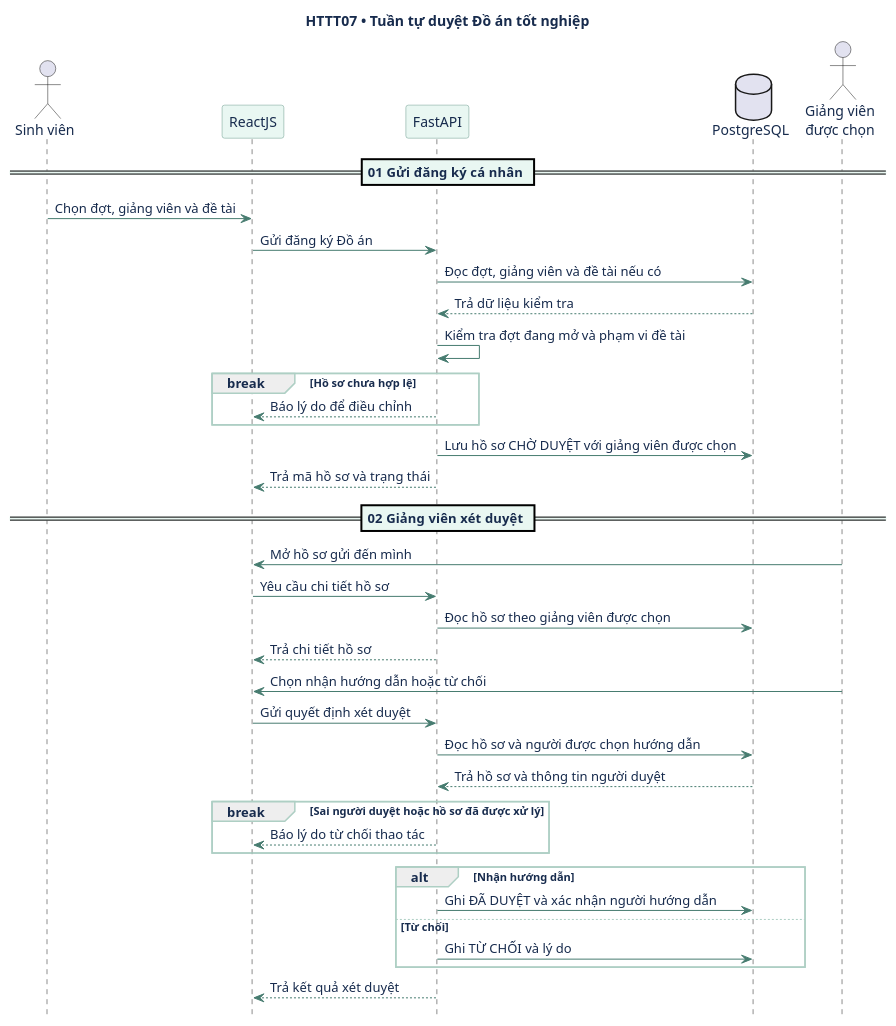
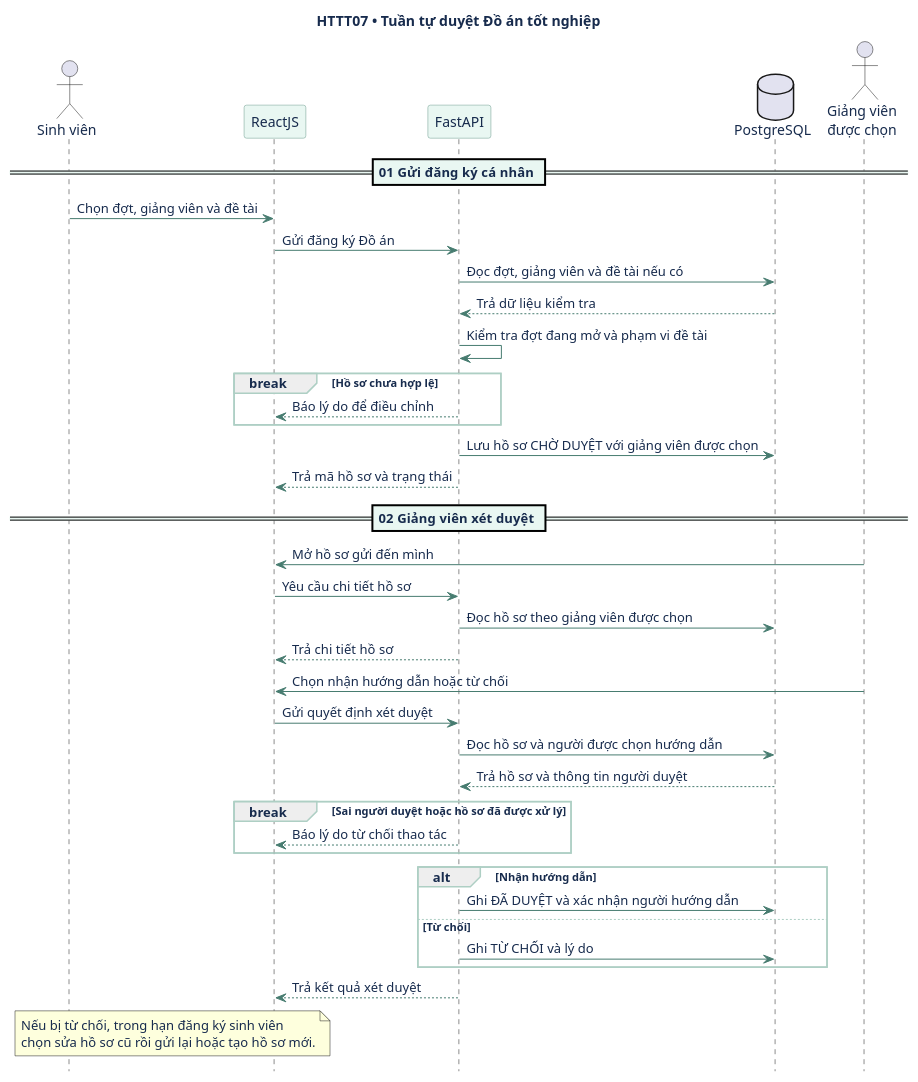
The fourth of 8 diagrams in 02-so-do-uml(1).md (lam-vu6868/HTQL_TieuLuan_DoAN), drawn with PlantUML before and after one commit. The commit also changed other lines of this file and 4 other files, not shown here.

````diff
--- a/02-so-do-uml(1).md
+++ b/02-so-do-uml(1).md
@@ -258,51 +271,52 @@
 ```plantuml
 @startuml
 title HTTT07 • Tuần tự duyệt Đồ án tốt nghiệp
 hide footbox
 skinparam shadowing false
 skinparam DefaultFontName SansSerif
 skinparam defaultFontColor #172B4D
 skinparam ArrowColor #477C70
 skinparam ParticipantBackgroundColor #E9F7F2
 skinparam ParticipantBorderColor #6B9A8C
 skinparam SequenceDividerBackgroundColor #E9F7F2
 skinparam SequenceGroupBorderColor #AECFC4
 
 actor "Sinh viên" as SV
 participant "ReactJS" as UI
 participant "FastAPI" as API
 database "PostgreSQL" as DB
 actor "Giảng viên\nđược chọn" as GV
 
 == 01  Gửi đăng ký cá nhân ==
 SV -> UI: Chọn đợt, giảng viên và đề tài
 UI -> API: Gửi đăng ký Đồ án
 API -> DB: Đọc đợt, giảng viên và đề tài nếu có
 DB --> API: Trả dữ liệu kiểm tra
 API -> API: Kiểm tra đợt đang mở và phạm vi đề tài
 break Hồ sơ chưa hợp lệ
   API --> UI: Báo lý do để điều chỉnh
 end
 API -> DB: Lưu hồ sơ CHỜ DUYỆT với giảng viên được chọn
 API --> UI: Trả mã hồ sơ và trạng thái
 
 == 02  Giảng viên xét duyệt ==
 GV -> UI: Mở hồ sơ gửi đến mình
 UI -> API: Yêu cầu chi tiết hồ sơ
 API -> DB: Đọc hồ sơ theo giảng viên được chọn
 API --> UI: Trả chi tiết hồ sơ
 GV -> UI: Chọn nhận hướng dẫn hoặc từ chối
 UI -> API: Gửi quyết định xét duyệt
 API -> DB: Đọc hồ sơ và người được chọn hướng dẫn
 DB --> API: Trả hồ sơ và thông tin người duyệt
 break Sai người duyệt hoặc hồ sơ đã được xử lý
   API --> UI: Báo lý do từ chối thao tác
 end
 alt Nhận hướng dẫn
   API -> DB: Ghi ĐÃ DUYỆT và xác nhận người hướng dẫn
 else Từ chối
   API -> DB: Ghi TỪ CHỐI và lý do
 end
 API --> UI: Trả kết quả xét duyệt
+note over SV,UI: Nếu bị từ chối, trong hạn đăng ký sinh viên\nchọn sửa hồ sơ cũ rồi gửi lại hoặc tạo hồ sơ mới.
 @enduml
 ```
````
